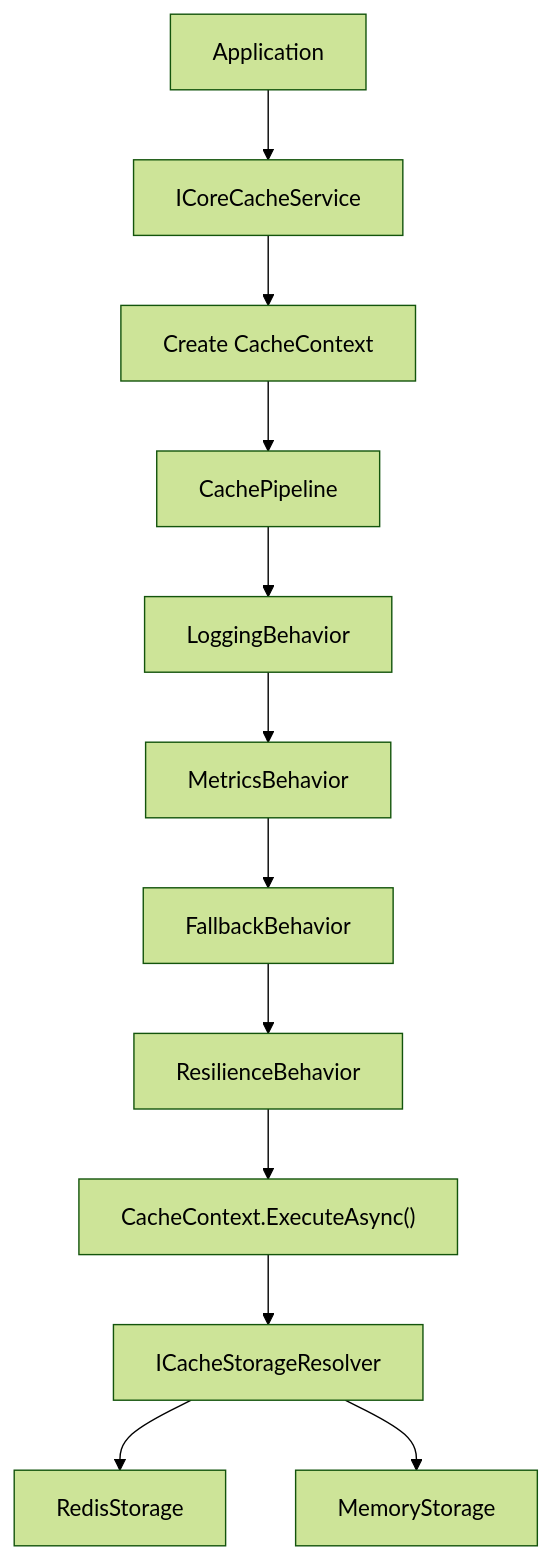
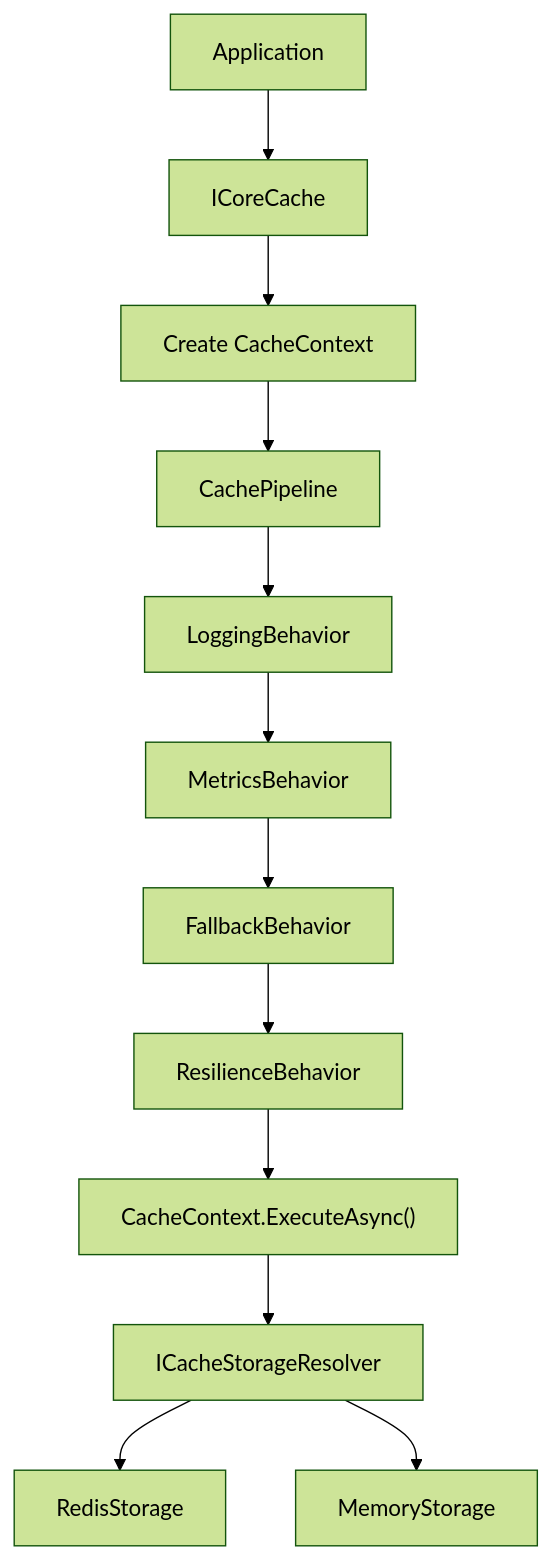
Before and after one commit to FEDERIN/CoreSystem: the first of 4 diagrams in docs/Cache/03-architecture-and-pipeline.md, drawn with Mermaid (forest theme). The commit also changed other lines of this file and 5 other files, not shown here.

````diff
--- a/docs/Cache/03-architecture-and-pipeline.md
+++ b/docs/Cache/03-architecture-and-pipeline.md
@@ -9,27 +9,27 @@
 ```mermaid
 graph TD
 
     App["Application"]
 
-    App --> Service["ICoreCacheService"]
+    App --> Service["ICoreCache"]
 
     Service --> Context["Create CacheContext"]
 
     Context --> Pipeline["CachePipeline"]
 
     Pipeline --> Logging["LoggingBehavior"]
 
     Logging --> Metrics["MetricsBehavior"]
 
     Metrics --> Fallback["FallbackBehavior"]
 
     Fallback --> Resilience["ResilienceBehavior"]
 
     Resilience --> Execute["CacheContext.ExecuteAsync()"]
 
     Execute --> Resolver["ICacheStorageResolver"]
 
     Resolver --> Redis["RedisStorage"]
 
     Resolver --> Memory["MemoryStorage"]
 ```
````
